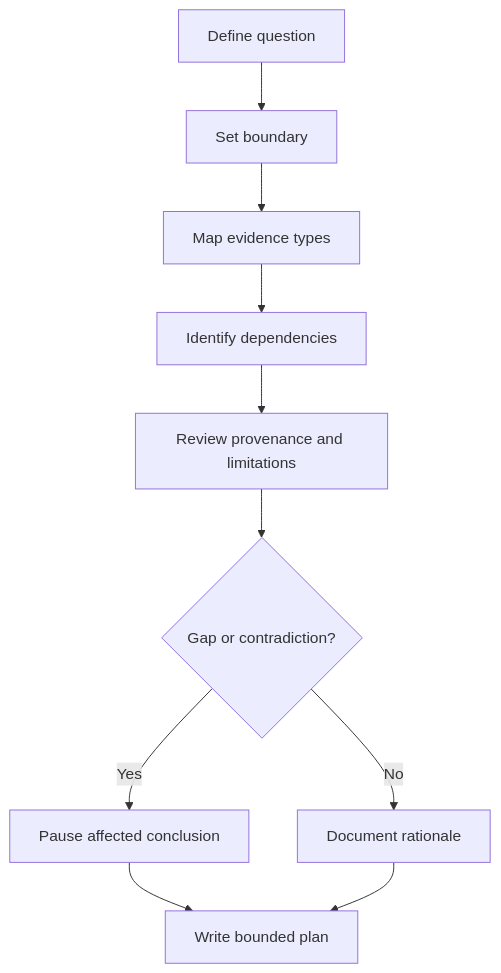
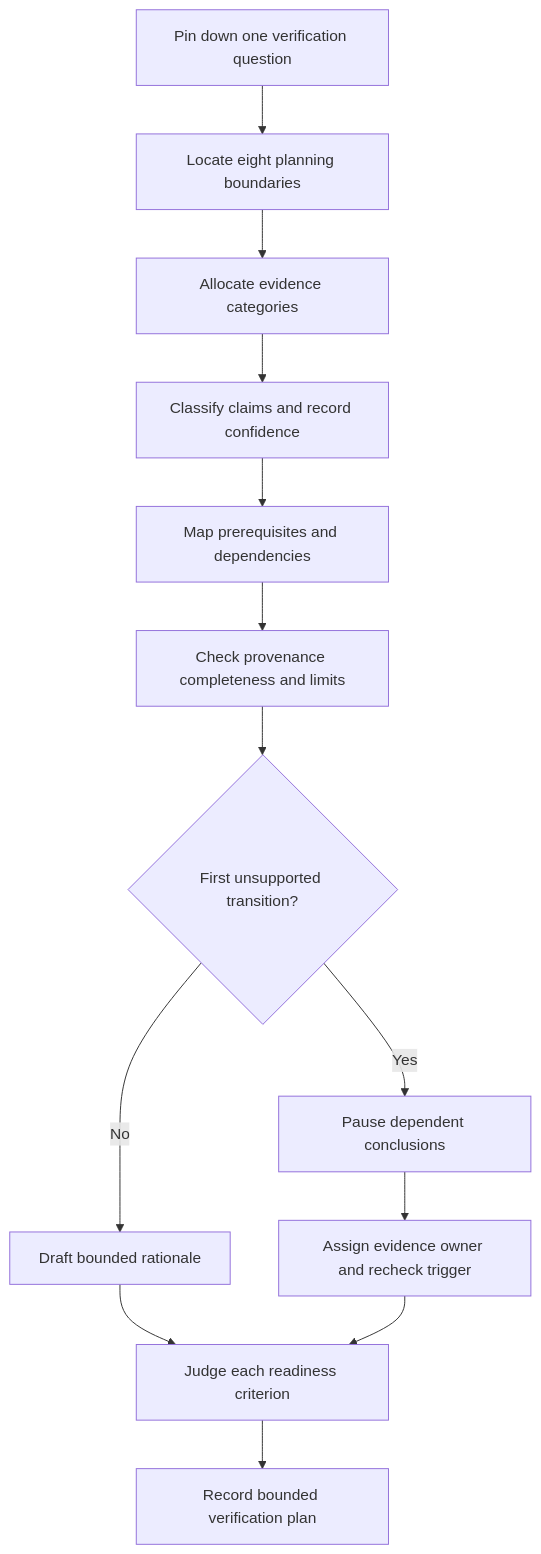
One commit to andrew3stedall/capstone changed the first of 2 diagrams in docs/learning-plans/12-week/modules/day-63-week-9-verification-planning-checkpoint.md. Above: the diagram before and after it, drawn with Mermaid. The commit also changed other lines of this file and 3 other files, not shown here.

Commit message:
Improve Day 63 verification planning checkpoint

````diff
--- a/docs/learning-plans/12-week/modules/day-63-week-9-verification-planning-checkpoint.md
+++ b/docs/learning-plans/12-week/modules/day-63-week-9-verification-planning-checkpoint.md
@@ -76,12 +134,15 @@
 ```mermaid
 flowchart TD
-  A[Define question] --> B[Set boundary]
-  B --> C[Map evidence types]
-  C --> D[Identify dependencies]
-  D --> E[Review provenance and limitations]
-  E --> F{Gap or contradiction?}
-  F -->|Yes| G[Pause affected conclusion]
-  F -->|No| H[Document rationale]
-  G --> I[Write bounded plan]
-  H --> I
+  A[Pin down one verification question] --> B[Locate eight planning boundaries]
+  B --> C[Allocate evidence categories]
+  C --> D[Classify claims and record confidence]
+  D --> E[Map prerequisites and dependencies]
+  E --> F[Check provenance completeness and limits]
+  F --> G{First unsupported transition?}
+  G -->|Yes| H[Pause dependent conclusions]
+  G -->|No| I[Draft bounded rationale]
+  H --> J[Assign evidence owner and recheck trigger]
+  I --> K[Judge each readiness criterion]
+  J --> K
+  K --> L[Record bounded verification plan]
 ```
````
